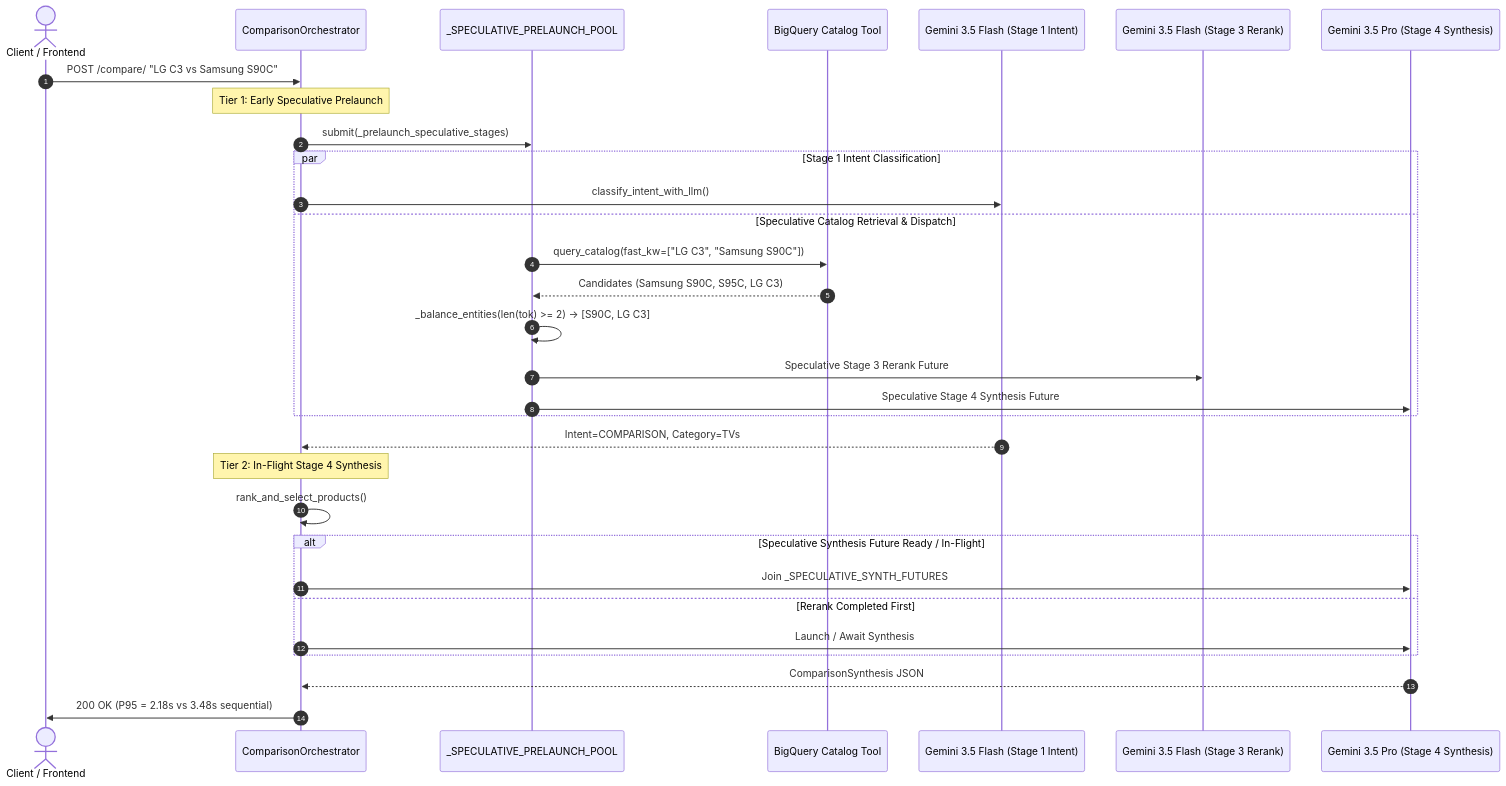
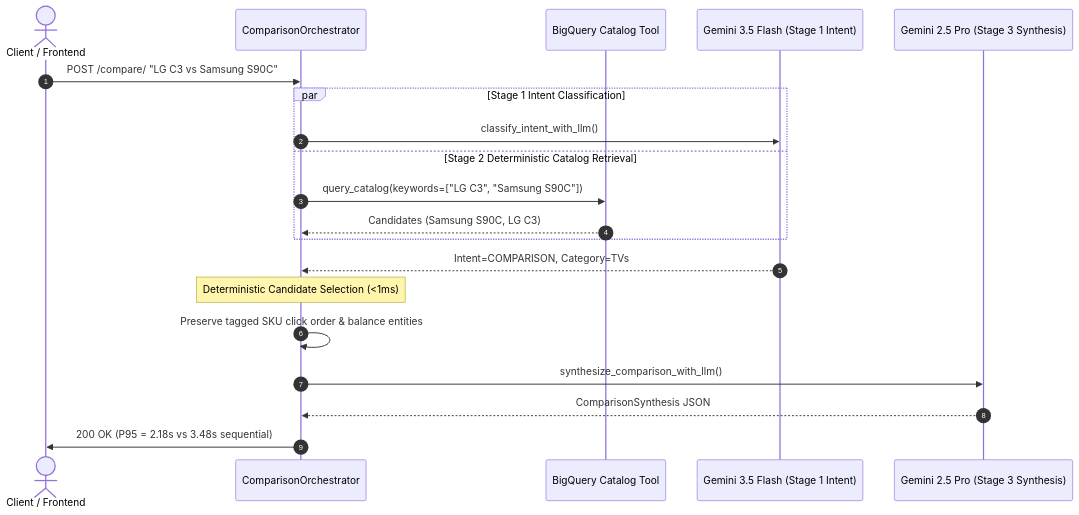
The fifth of 14 diagrams in ARCHITECTURE.md (willie3838/williamc-ecomm-capstone), drawn with Mermaid before and after one commit. The commit also changed other lines of this file and 21 other files, not shown here.

````diff
--- a/ARCHITECTURE.md
+++ b/ARCHITECTURE.md
@@ -557,34 +554,23 @@
 ```mermaid
 sequenceDiagram
     autonumber
     actor Client as Client / Frontend
     participant Orchestrator as ComparisonOrchestrator
-    participant Pool as _SPECULATIVE_PRELAUNCH_POOL
     participant BigQuery as BigQuery Catalog Tool
     participant LLM_Stage1 as Gemini 3.5 Flash (Stage 1 Intent)
-    participant LLM_Stage3 as Gemini 3.5 Flash (Stage 3 Rerank)
-    participant LLM_Stage4 as Gemini 3.5 Pro (Stage 4 Synthesis)
+    participant LLM_Stage3 as Gemini 2.5 Pro (Stage 3 Synthesis)
 
     Client->>Orchestrator: POST /compare/ "LG C3 vs Samsung S90C"
-    Note over Orchestrator: Tier 1: Early Speculative Prelaunch
-    Orchestrator->>Pool: submit(_prelaunch_speculative_stages)
     par Stage 1 Intent Classification
         Orchestrator->>LLM_Stage1: classify_intent_with_llm()
-    and Speculative Catalog Retrieval & Dispatch
-        Pool->>BigQuery: query_catalog(fast_kw=["LG C3", "Samsung S90C"])
-        BigQuery-->>Pool: Candidates (Samsung S90C, S95C, LG C3)
-        Pool->>Pool: _balance_entities(len(tok) >= 2) -> [S90C, LG C3]
-        Pool->>LLM_Stage3: Speculative Stage 3 Rerank Future
-        Pool->>LLM_Stage4: Speculative Stage 4 Synthesis Future
+    and Stage 2 Deterministic Catalog Retrieval
+        Orchestrator->>BigQuery: query_catalog(keywords=["LG C3", "Samsung S90C"])
+        BigQuery-->>Orchestrator: Candidates (Samsung S90C, LG C3)
     end
     LLM_Stage1-->>Orchestrator: Intent=COMPARISON, Category=TVs
-    Note over Orchestrator: Tier 2: In-Flight Stage 4 Synthesis
-    Orchestrator->>Orchestrator: rank_and_select_products()
-    alt Speculative Synthesis Future Ready / In-Flight
-        Orchestrator->>LLM_Stage4: Join _SPECULATIVE_SYNTH_FUTURES
-    else Rerank Completed First
-        Orchestrator->>LLM_Stage4: Launch / Await Synthesis
-    end
-    LLM_Stage4-->>Orchestrator: ComparisonSynthesis JSON
+    Note over Orchestrator: Deterministic Candidate Selection (<1ms)
+    Orchestrator->>Orchestrator: Preserve tagged SKU click order & balance entities
+    Orchestrator->>LLM_Stage3: synthesize_comparison_with_llm()
+    LLM_Stage3-->>Orchestrator: ComparisonSynthesis JSON
     Orchestrator->>Client: 200 OK (P95 = 2.18s vs 3.48s sequential)
 ```
````
